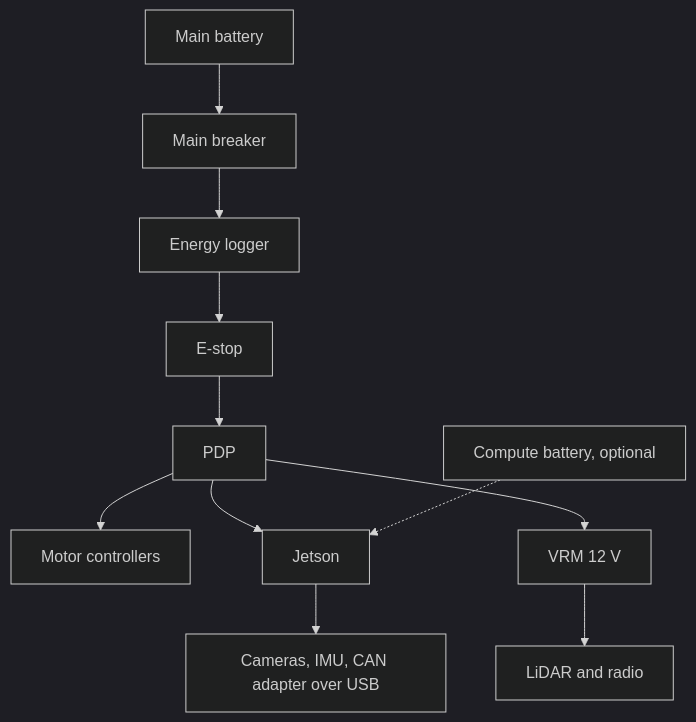
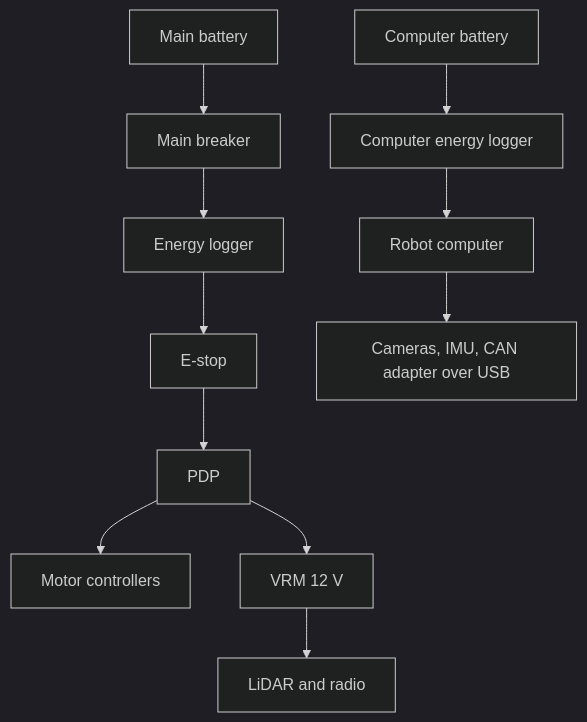
One commit to STAR-Robotics-Team/starrt-luna-software changed the second of 3 diagrams in docs/design/operating-modes.md. Above: the diagram before and after it, drawn with Mermaid (dark theme). The commit also changed other lines of this file and 10 other files, not shown here.

First line of the commit message:
Settle the charge limit and computer battery, and read the PDP over CAN

````diff
--- a/docs/design/operating-modes.md
+++ b/docs/design/operating-modes.md
@@ -326,13 +358,13 @@
 ```mermaid
 flowchart TB
   batt[Main battery] --> brk[Main breaker]
   brk --> logger[Energy logger]
   logger --> estop[E-stop]
   estop --> pdp[PDP]
   pdp --> motors[Motor controllers]
-  pdp --> jetson[Jetson]
   pdp --> vrm[VRM 12 V]
   vrm --> sensors[LiDAR and radio]
-  jetson --> usb[Cameras, IMU, CAN adapter over USB]
-  cbatt[Compute battery, optional] -.-> jetson
+  cbatt[Computer battery] --> clogger[Computer energy logger]
+  clogger --> computer[Robot computer]
+  computer --> usb[Cameras, IMU, CAN adapter over USB]
 ```
````
